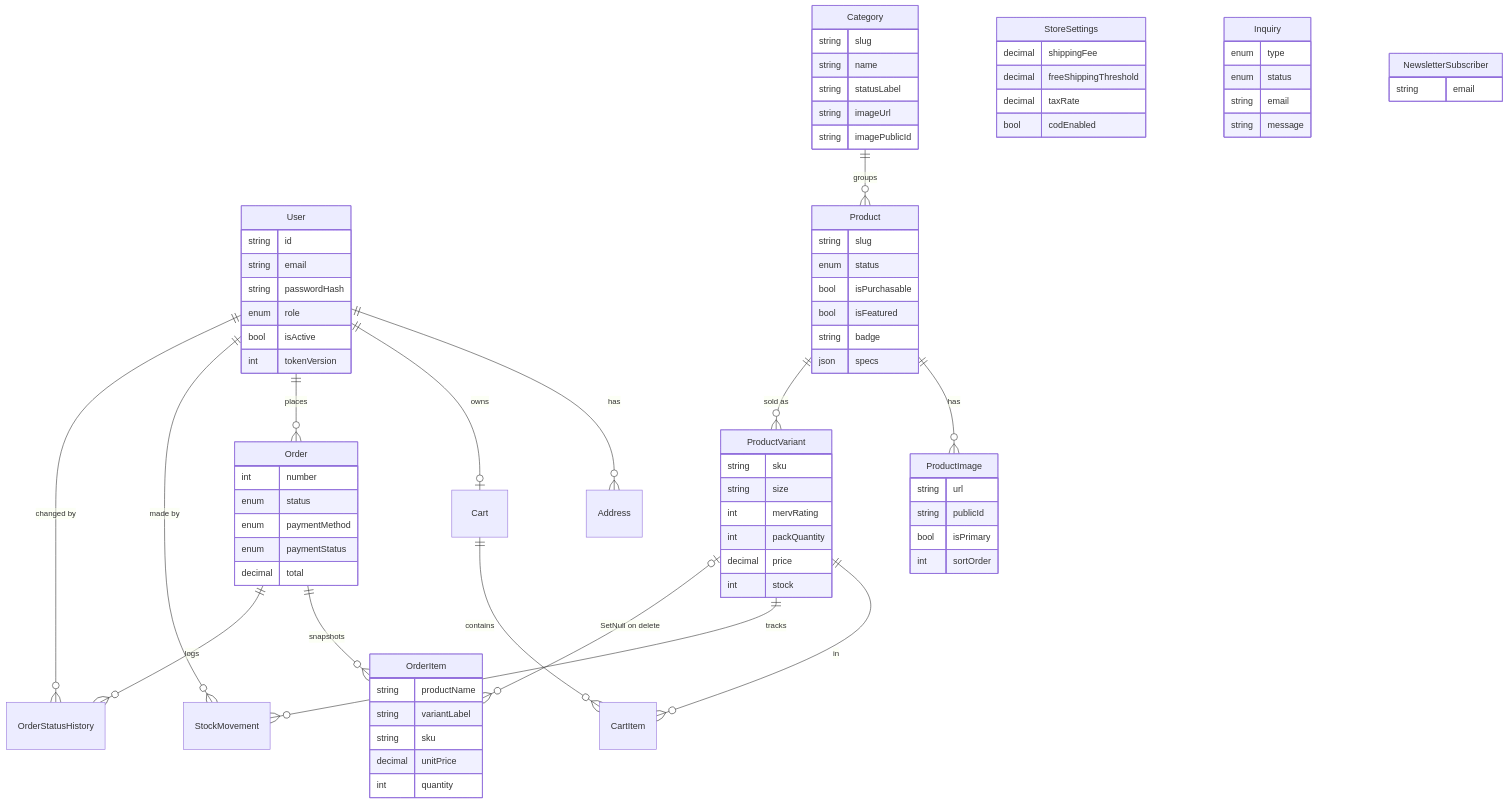
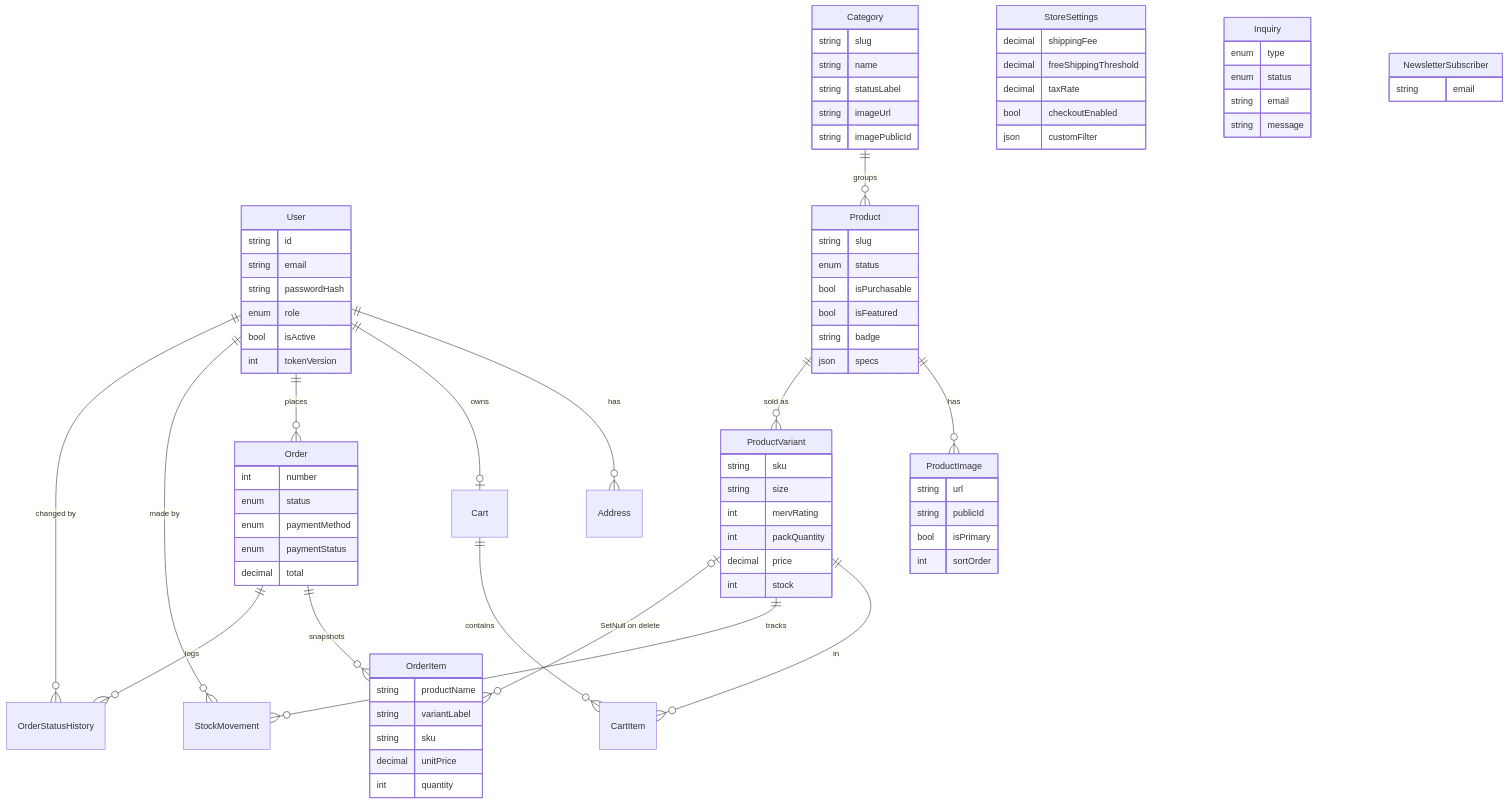
Before and after one commit to QaziMaaz2003/KorganoTech: the second of 5 diagrams in design.md, drawn with Mermaid. The commit also changed other lines of this file and 90 other files, not shown here.

First line of the commit message:
Add Stripe card checkout, custom-size filters, business accounts and store policies

```diff
--- a/design.md
+++ b/design.md
@@ -274,7 +278,8 @@
         decimal shippingFee
         decimal freeShippingThreshold
         decimal taxRate
-        bool codEnabled
+        bool checkoutEnabled
+        json customFilter
     }
     Inquiry {
         enum type
```
